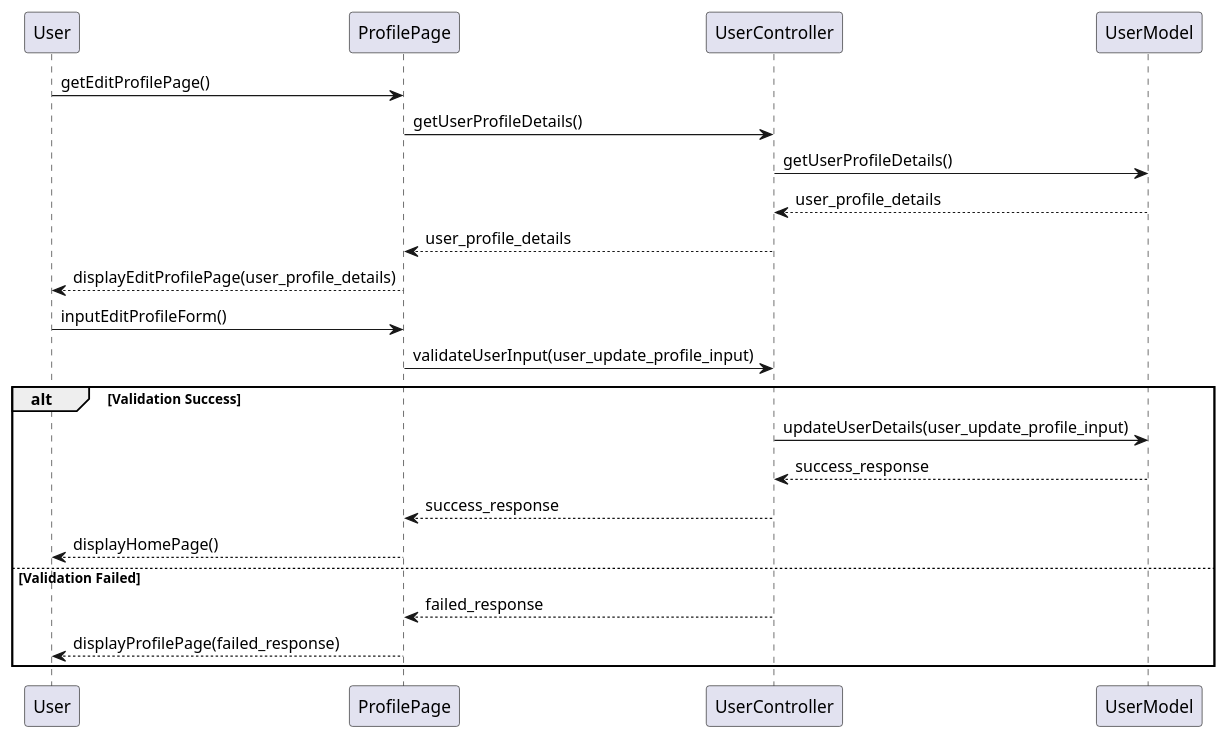
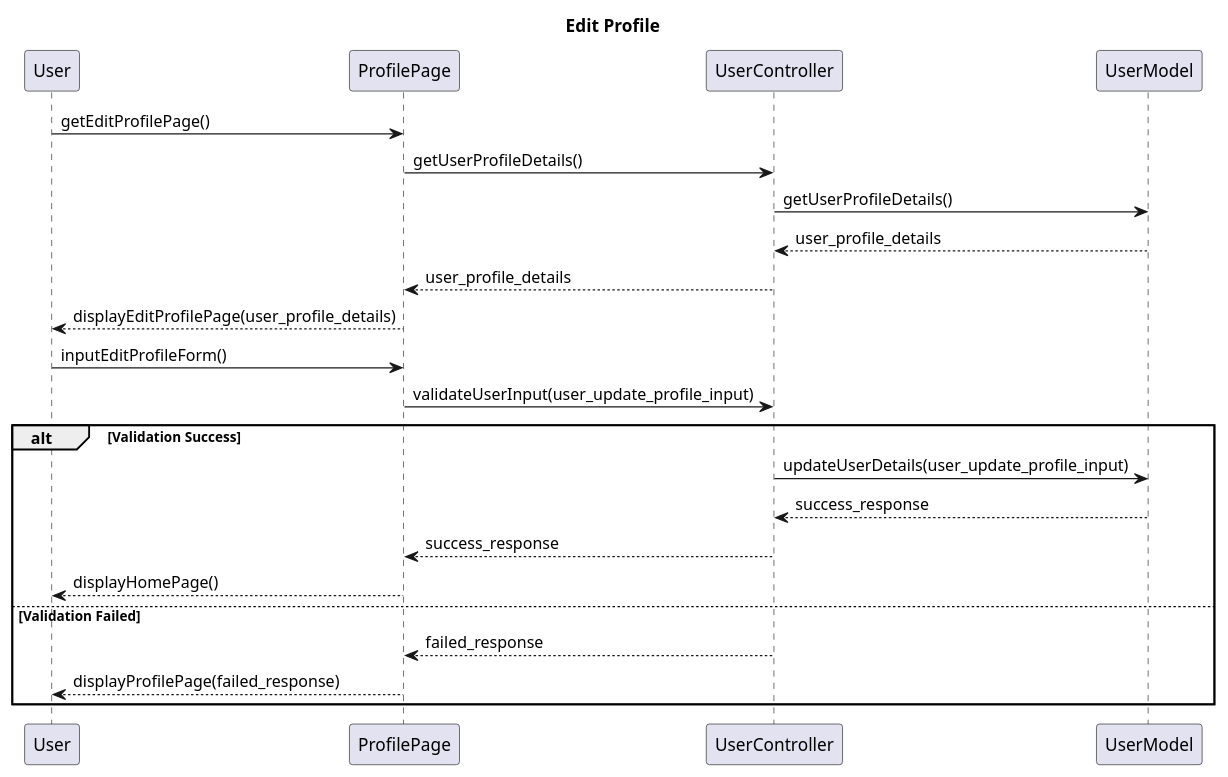
Before and after one commit to AntWort21/BHFMS: the diagram in Design/BHFMS_SEQUENCE/Edit Profile.puml, drawn with PlantUML. The commit also changed 34 other files, not shown here.

Commit message:
added title in sequence and activity diagram based on use case description, separated a few diagram

```diff
--- a/Design/BHFMS_SEQUENCE/Edit Profile.puml
+++ b/Design/BHFMS_SEQUENCE/Edit Profile.puml
@@ -1,19 +1,20 @@
 @startuml
+title Edit Profile
 User -> ProfilePage: getEditProfilePage()
 ProfilePage -> UserController: getUserProfileDetails()
 UserController -> UserModel: getUserProfileDetails()
 UserController <-- UserModel: user_profile_details
 ProfilePage <-- UserController: user_profile_details
 User <-- ProfilePage: displayEditProfilePage(user_profile_details)
 User -> ProfilePage: inputEditProfileForm()
 ProfilePage -> UserController: validateUserInput(user_update_profile_input)
 alt Validation Success
         UserController -> UserModel: updateUserDetails(user_update_profile_input)
         UserController <-- UserModel: success_response
         ProfilePage <-- UserController: success_response
         User <-- ProfilePage: displayHomePage()
 else Validation Failed
         ProfilePage <-- UserController: failed_response
         User <-- ProfilePage: displayProfilePage(failed_response)
 end
 @enduml
```
